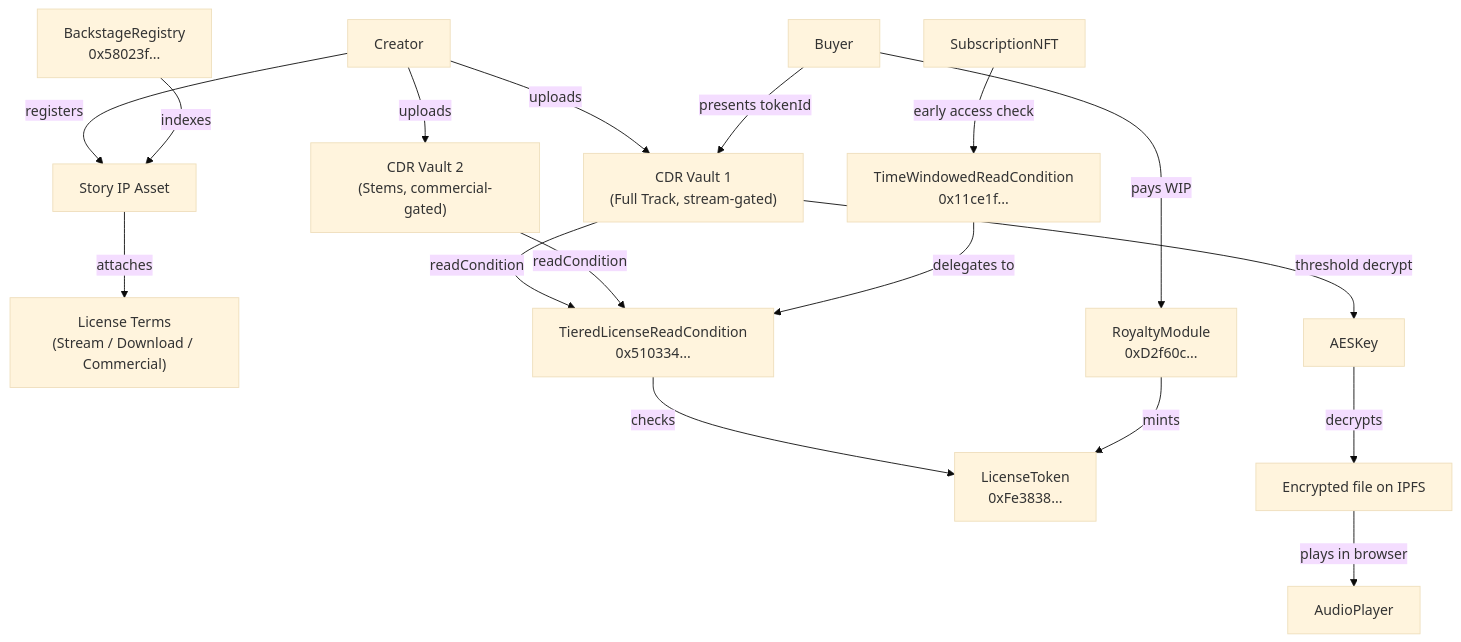
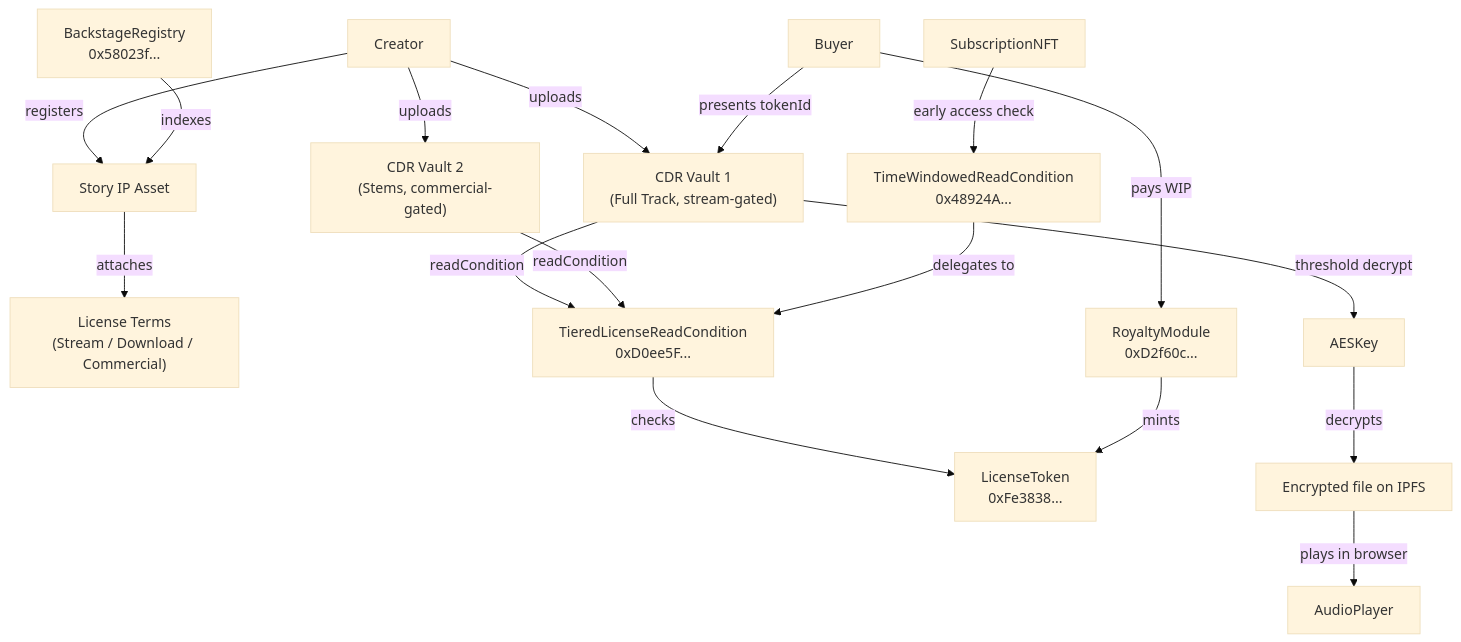
Before and after one commit to rehna-jp/backstage: the diagram in README.md, drawn with Mermaid (base theme). The commit also changed other lines of this file and 1 other file, not shown here.

````diff
--- a/README.md
+++ b/README.md
@@ -25,19 +25,19 @@
 ```mermaid
 graph TD
     Creator -->|registers| StoryIPAsset[Story IP Asset]
     StoryIPAsset -->|attaches| LicenseTerms["License Terms\n(Stream / Download / Commercial)"]
     Creator -->|uploads| CDRVault1["CDR Vault 1\n(Full Track, stream-gated)"]
     Creator -->|uploads| CDRVault2["CDR Vault 2\n(Stems, commercial-gated)"]
-    CDRVault1 -->|readCondition| TieredCond["TieredLicenseReadCondition\n0x510334..."]
+    CDRVault1 -->|readCondition| TieredCond["TieredLicenseReadCondition\n0xD0ee5F..."]
     CDRVault2 -->|readCondition| TieredCond
     TieredCond -->|checks| LicenseToken["LicenseToken\n0xFe3838..."]
     Buyer -->|pays WIP| RoyaltyModule["RoyaltyModule\n0xD2f60c..."]
     RoyaltyModule -->|mints| LicenseToken
     Buyer -->|presents tokenId| CDRVault1
     CDRVault1 -->|threshold decrypt| AESKey
     AESKey -->|decrypts| EncryptedFile[Encrypted file on IPFS]
     EncryptedFile -->|plays in browser| AudioPlayer
     BackstageRegistry["BackstageRegistry\n0x58023f..."] -->|indexes| StoryIPAsset
-    TimeWindowed["TimeWindowedReadCondition\n0x11ce1f..."] -->|delegates to| TieredCond
+    TimeWindowed["TimeWindowedReadCondition\n0x48924A..."] -->|delegates to| TieredCond
     SubscriptionNFT -->|early access check| TimeWindowed
 ```
````
